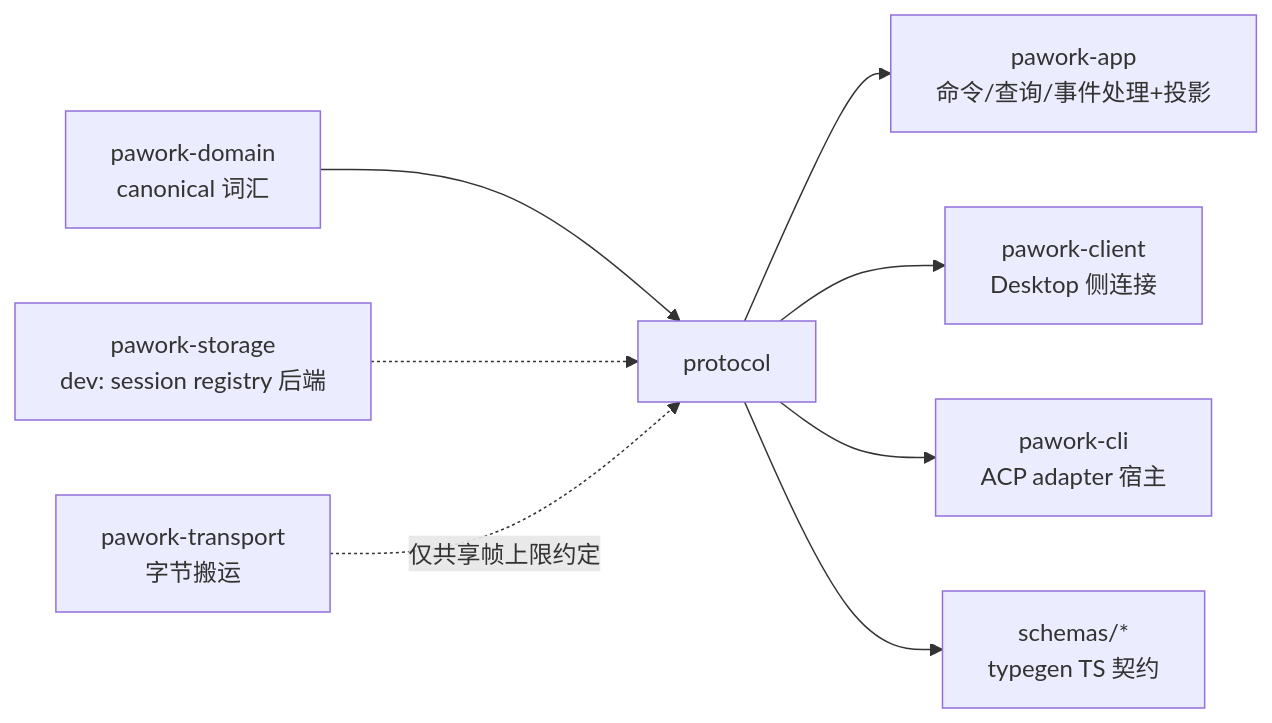
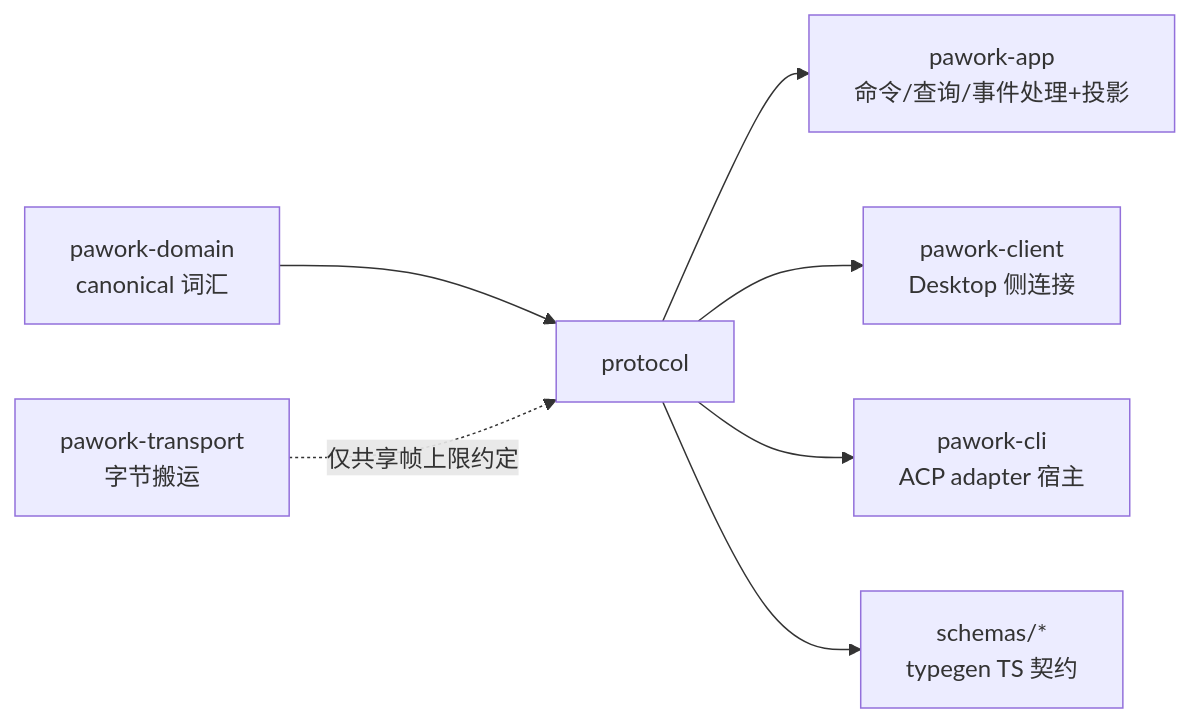
Before and after one commit to expcat/Pawork: the diagram in docs/review/backend/protocol.md, drawn with Mermaid. The commit also changed other lines of this file and 139 other files, not shown here.

````diff
--- a/docs/review/backend/protocol.md
+++ b/docs/review/backend/protocol.md
@@ -349,10 +216,9 @@
 ```mermaid
 graph LR
   domain[pawork-domain<br/>canonical 词汇] --> protocol
   protocol --> app[pawork-app<br/>命令/查询/事件处理+投影]
   protocol --> client[pawork-client<br/>Desktop 侧连接]
   protocol --> cli[pawork-cli<br/>ACP adapter 宿主]
-  storage[pawork-storage<br/>dev: session registry 后端] -.-> protocol
   transport[pawork-transport<br/>字节搬运] -.仅共享帧上限约定.-> protocol
   protocol --> ts[schemas/*<br/>typegen TS 契约]
 ```
````
